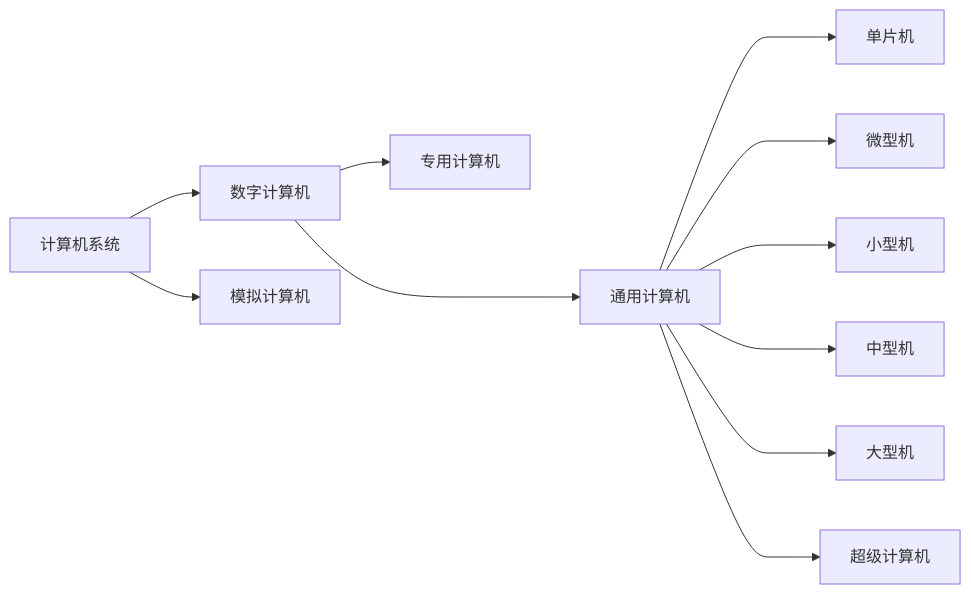
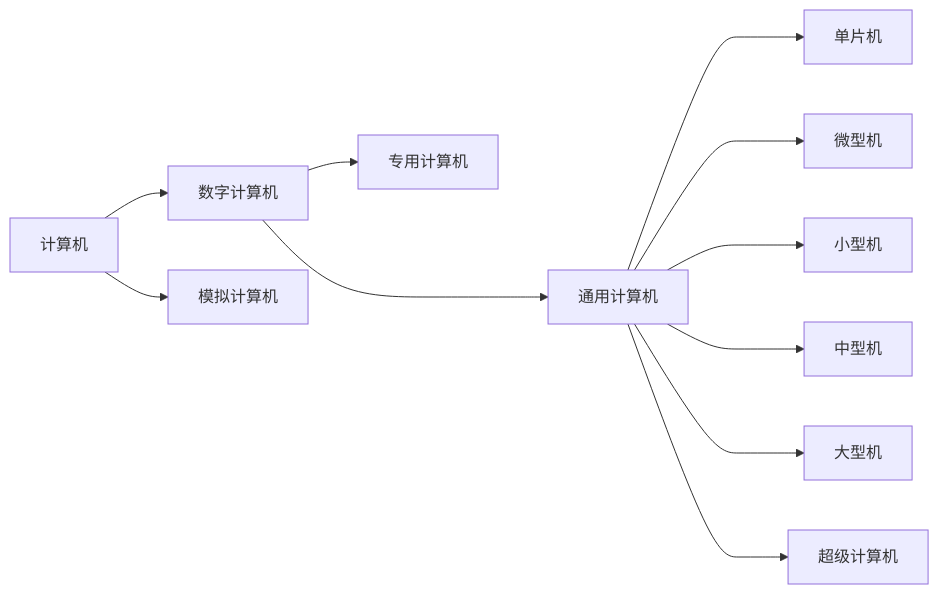
One commit to MzjHarley/ComputerCompositionPrinciple changed the first of 2 diagrams in 计算机组成原理概述.md. Above: the diagram before and after it, drawn with Mermaid.

````diff
--- a/计算机组成原理概述.md
+++ b/计算机组成原理概述.md
@@ -23,13 +23,13 @@
 ```mermaid
 graph LR
-A[计算机系统] -->B[数字计算机]
-A[计算机系统] -->C[模拟计算机]
+A[计算机] -->B[数字计算机]
+A[计算机] -->C[模拟计算机]
 B -->D[专用计算机]
 B --->E[通用计算机]
 E --->F[单片机]
 E --->G[微型机]
 E --->H[小型机]
 E --->I[中型机]
 E --->J[大型机]
 E --->K[超级计算机]
 ```
````
